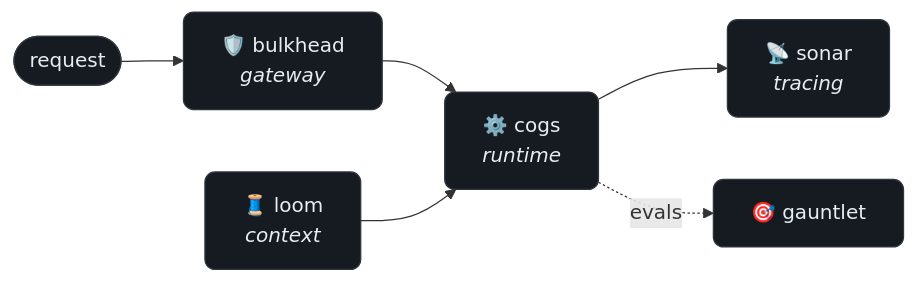
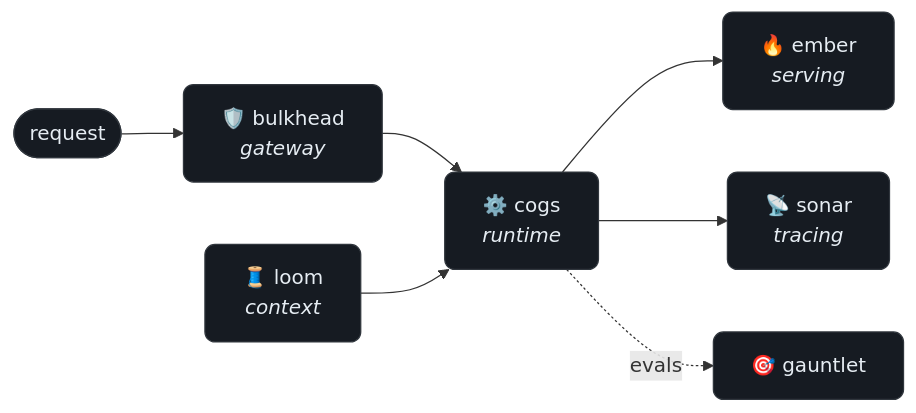
One commit to mbsdeepak/mbsdeepak changed the diagram in README.md. Above: the diagram before and after it, drawn with Mermaid. The commit also changed other lines of this file, not shown here.

Commit message:
docs: add ember (LLM serving) to the agent platform

````diff
--- a/README.md
+++ b/README.md
@@ -23,10 +23,11 @@
 ```mermaid
 flowchart LR
   T(["request"]) --> BH["🛡️ bulkhead<br/><i>gateway</i>"]
   BH --> CG["⚙️ cogs<br/><i>runtime</i>"]
   LM["🧵 loom<br/><i>context</i>"] --> CG
+  CG --> EM["🔥 ember<br/><i>serving</i>"]
   CG --> SN["📡 sonar<br/><i>tracing</i>"]
   CG -. evals .-> GT["🎯 gauntlet"]
   classDef n fill:#161b22,stroke:#30363d,color:#e6edf3,rx:8,ry:8;
-  class T,BH,CG,LM,SN,GT n;
+  class T,BH,CG,LM,EM,SN,GT n;
 ```
````
